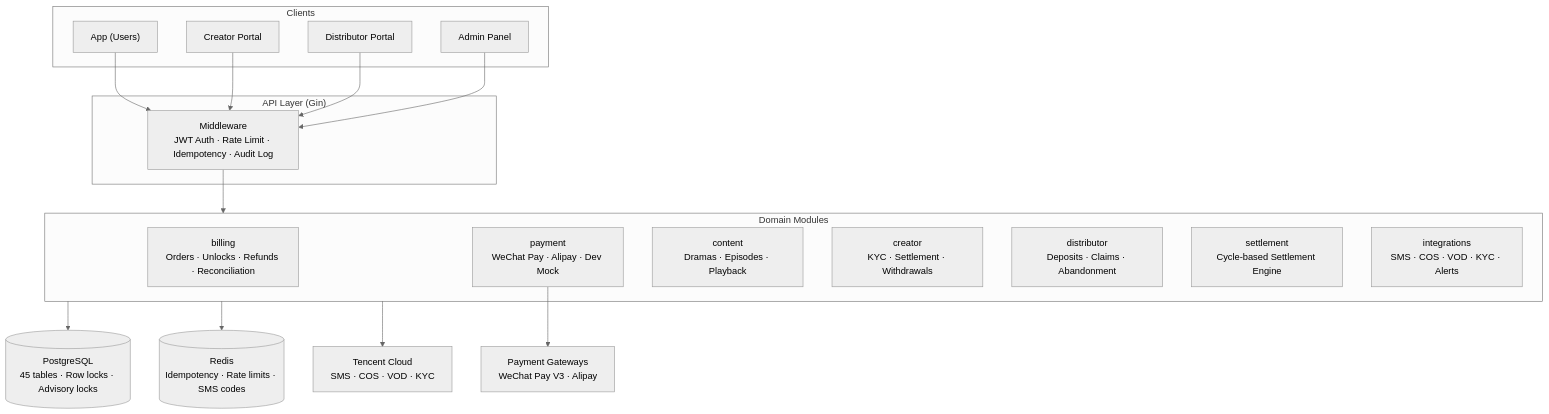
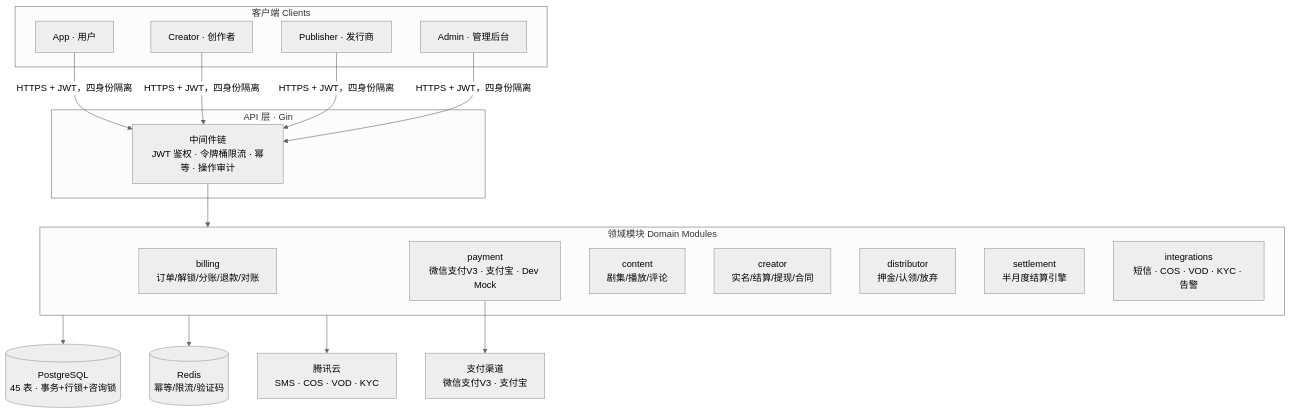
Before and after one commit to shaozheng0503/short-drama-backend: the diagram in README.md, drawn with Mermaid (neutral theme). The commit also changed other lines of this file, not shown here.

````diff
--- a/README.md
+++ b/README.md
@@ -74,35 +148,35 @@
 ```mermaid
 flowchart TB
-    subgraph Clients["Clients"]
-        U["App (Users)"]
-        C["Creator Portal"]
-        D["Distributor Portal"]
-        A["Admin Panel"]
+    subgraph Clients["客户端 Clients"]
+        U["App · 用户"]
+        C["Creator · 创作者"]
+        D["Publisher · 发行商"]
+        A["Admin · 管理后台"]
     end
 
-    subgraph API["API Layer (Gin)"]
-        MW["Middleware<br/>JWT Auth · Rate Limit · Idempotency · Audit Log"]
+    subgraph API["API 层 · Gin"]
+        MW["中间件链<br/>JWT 鉴权 · 令牌桶限流 · 幂等 · 操作审计"]
     end
 
-    subgraph Domains["Domain Modules"]
-        B["billing<br/>Orders · Unlocks · Refunds · Reconciliation"]
-        P["payment<br/>WeChat Pay · Alipay · Dev Mock"]
-        CT["content<br/>Dramas · Episodes · Playback"]
-        CR["creator<br/>KYC · Settlement · Withdrawals"]
-        DS["distributor<br/>Deposits · Claims · Abandonment"]
-        ST["settlement<br/>Cycle-based Settlement Engine"]
-        INT["integrations<br/>SMS · COS · VOD · KYC · Alerts"]
+    subgraph Domains["领域模块 Domain Modules"]
+        B["billing<br/>订单/解锁/分账/退款/对账"]
+        P["payment<br/>微信支付V3 · 支付宝 · Dev Mock"]
+        CT["content<br/>剧集/播放/评论"]
+        CR["creator<br/>实名/结算/提现/合同"]
+        DS["distributor<br/>押金/认领/放弃"]
+        ST["settlement<br/>半月度结算引擎"]
+        INT["integrations<br/>短信 · COS · VOD · KYC · 告警"]
     end
 
-    DB[("PostgreSQL<br/>45 tables · Row locks · Advisory locks")]
-    RD[("Redis<br/>Idempotency · Rate limits · SMS codes")]
-    TC["Tencent Cloud<br/>SMS · COS · VOD · KYC"]
-    PAY["Payment Gateways<br/>WeChat Pay V3 · Alipay"]
+    DB[("PostgreSQL<br/>45 表 · 事务+行锁+咨询锁")]
+    RD[("Redis<br/>幂等/限流/验证码")]
+    TC["腾讯云<br/>SMS · COS · VOD · KYC"]
+    PAY["支付渠道<br/>微信支付V3 · 支付宝"]
 
-    U & C & D & A --> MW
+    U & C & D & A -->|"HTTPS + JWT，四身份隔离"| MW
     MW --> Domains
     Domains --> DB
     Domains --> RD
     Domains --> TC
     P --> PAY
 ```
````
